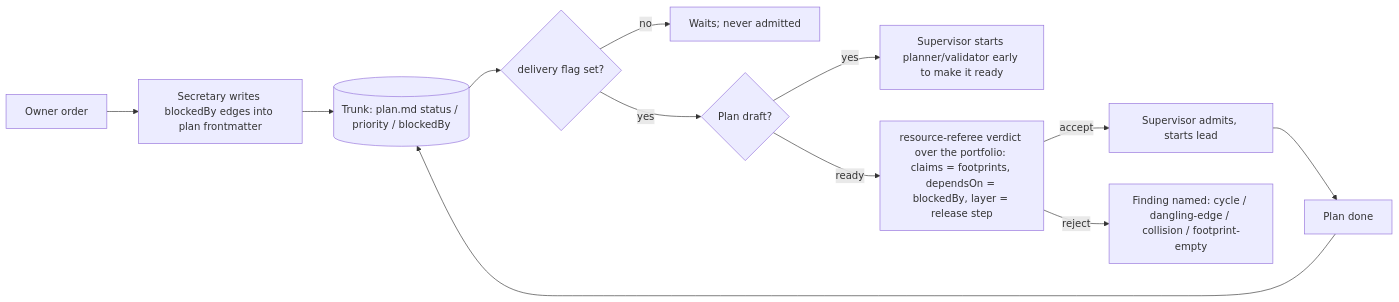
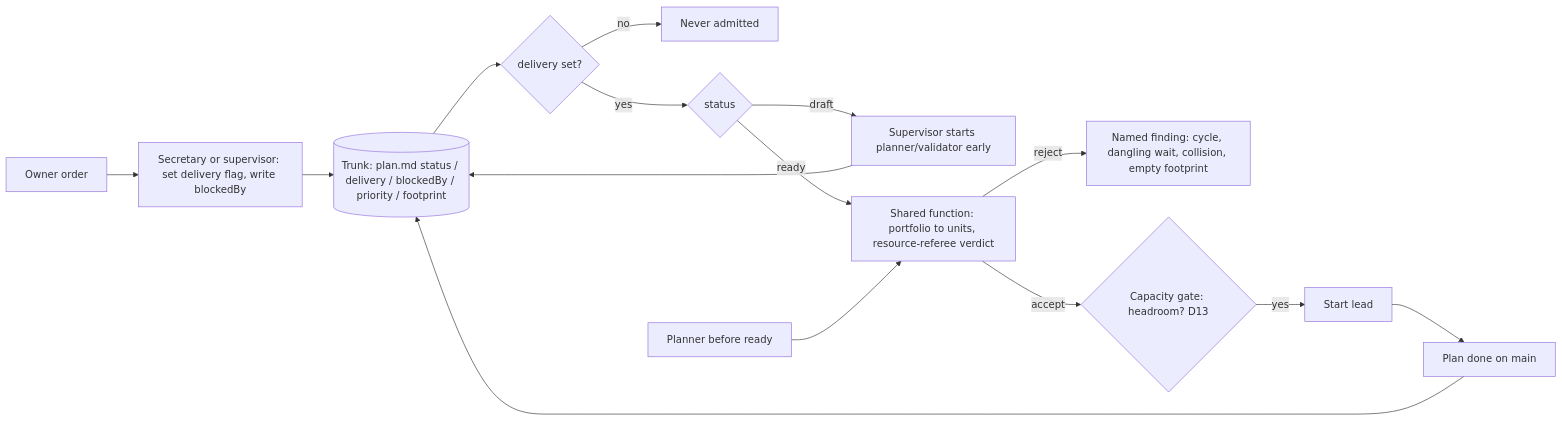
Before and after one commit to vantt/forgent: the diagram in plans/discussions/ds-ipvis4jkpc-release-chain-command/DISCUSSION.md, drawn with Mermaid. The commit also changed other lines of this file, not shown here.

Commit message:
discussion(release-chain-command): owner-settled content D1-D13 and hand-off, marker stays paused until the owner orders the planner

````diff
--- a/plans/discussions/ds-ipvis4jkpc-release-chain-command/DISCUSSION.md
+++ b/plans/discussions/ds-ipvis4jkpc-release-chain-command/DISCUSSION.md
@@ -91,13 +118,15 @@
 ```mermaid
 flowchart LR
-  O[Owner order] --> S[Secretary writes blockedBy edges into plan frontmatter]
-  S --> T[(Trunk: plan.md status / priority / blockedBy)]
-  T --> F{delivery flag set?}
-  F -- no --> W[Waits; never admitted]
-  F -- yes --> V{Plan draft?}
-  V -- yes --> P[Supervisor starts planner/validator early to make it ready]
-  V -- ready --> R[resource-referee verdict over the portfolio: claims = footprints, dependsOn = blockedBy, layer = release step]
-  R -- accept --> A[Supervisor admits, starts lead]
-  R -- reject --> X[Finding named: cycle / dangling-edge / collision / footprint-empty]
-  A --> D[Plan done] --> T
+  O[Owner order] --> W[Secretary or supervisor: set delivery flag, write blockedBy]
+  W --> T[(Trunk: plan.md status / delivery / blockedBy / priority / footprint)]
+  T --> F{delivery set?}
+  F -- no --> X[Never admitted]
+  F -- yes --> V{status}
+  V -- draft --> P[Supervisor starts planner/validator early]
+  P --> T
+  V -- ready --> R[Shared function: portfolio to units, resource-referee verdict]
+  R -- reject --> N[Named finding: cycle, dangling wait, collision, empty footprint]
+  R -- accept --> C{Capacity gate: headroom? D13}
+  C -- yes --> A[Start lead] --> D[Plan done on main] --> T
+  PL[Planner before ready] --> R
 ```
````
